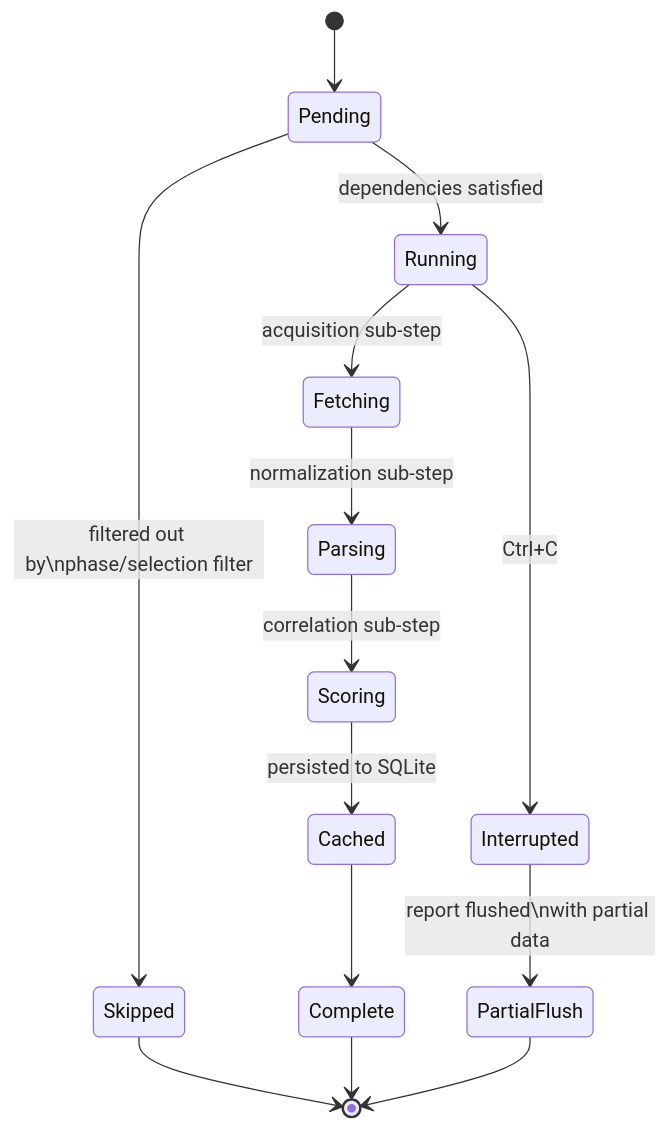
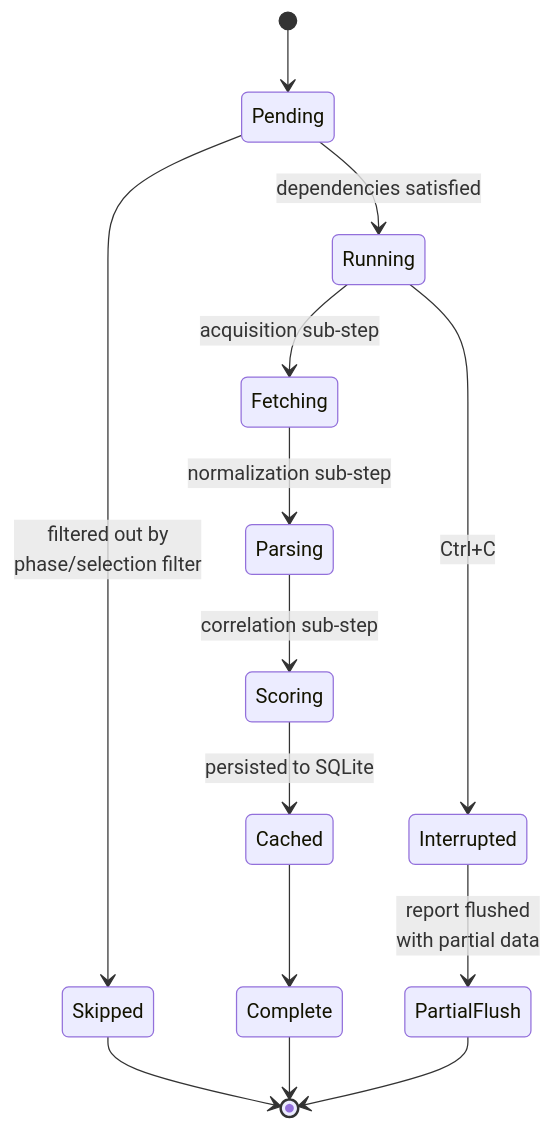
Before and after one commit to sylhetyhackvenger/STRATASCAN: the tenth of 21 diagrams in README.md, drawn with Mermaid. The commit also changed other lines of this file, not shown here.

````diff
--- a/README.md
+++ b/README.md
@@ -880,16 +862,16 @@
 ```mermaid
 stateDiagram-v2
     [*] --> Pending
-    Pending --> Skipped: filtered out by\nphase/selection filter
+    Pending --> Skipped: filtered out by<br/>phase/selection filter
     Pending --> Running: dependencies satisfied
     Running --> Fetching: acquisition sub-step
     Fetching --> Parsing: normalization sub-step
     Parsing --> Scoring: correlation sub-step
     Scoring --> Cached: persisted to SQLite
     Cached --> Complete
     Skipped --> [*]
     Complete --> [*]
     Running --> Interrupted: Ctrl+C
-    Interrupted --> PartialFlush: report flushed\nwith partial data
+    Interrupted --> PartialFlush: report flushed<br/>with partial data
     PartialFlush --> [*]
 ```
````
